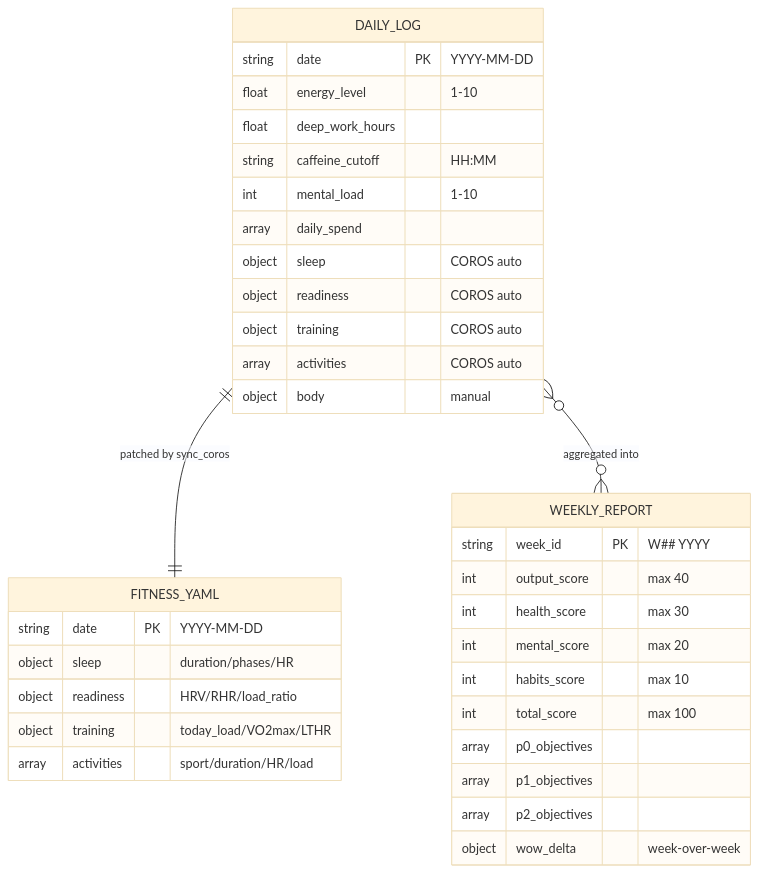
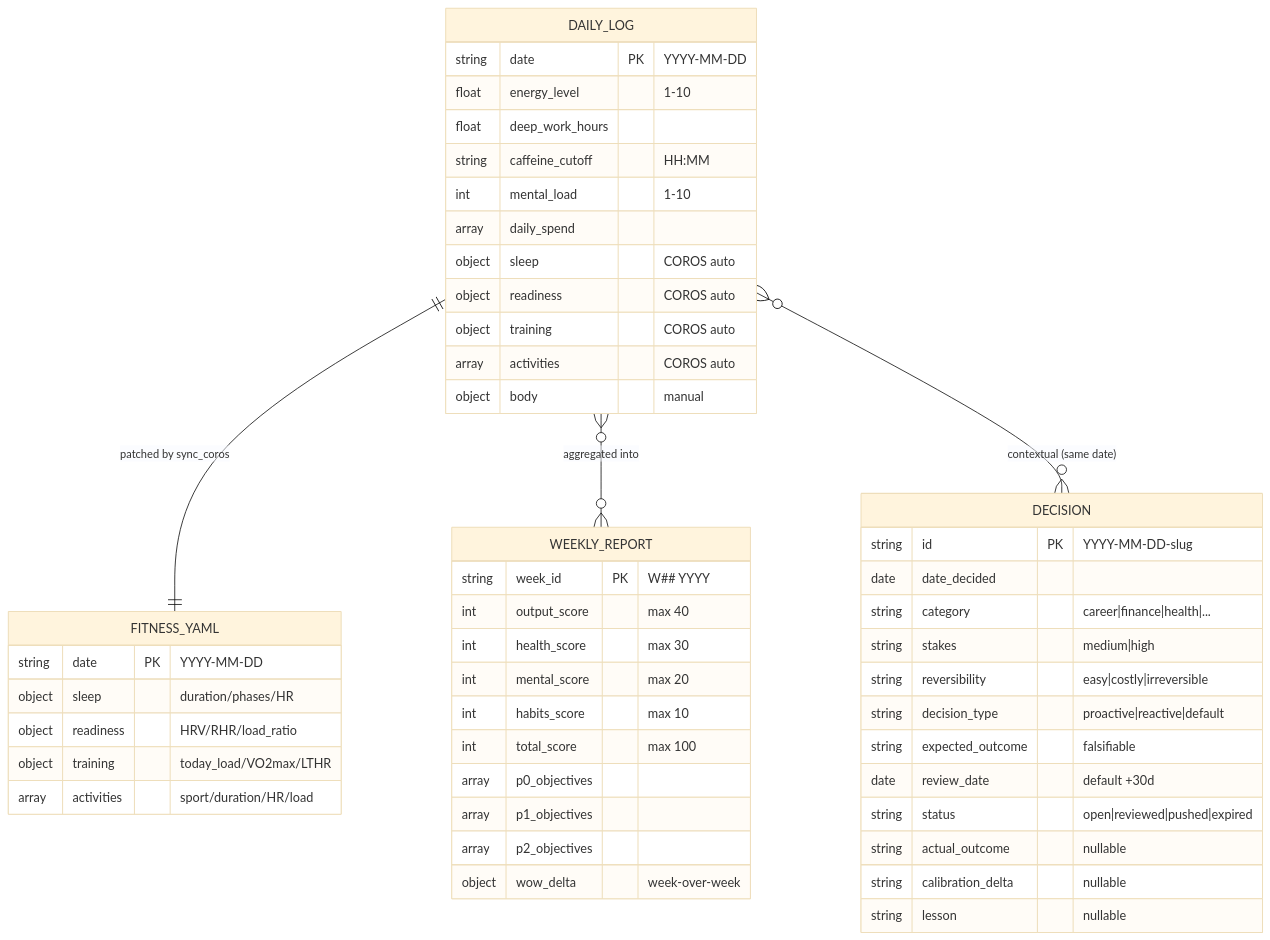
One commit to KelvinYou/personal-os changed the fourth of 7 diagrams in architecture.md. Above: the diagram before and after it, drawn with Mermaid (base theme). The commit also changed other lines of this file and 6 other files, not shown here.

````diff
--- a/architecture.md
+++ b/architecture.md
@@ -145,40 +150,56 @@
 ```mermaid
 erDiagram
     DAILY_LOG {
         string date PK "YYYY-MM-DD"
         float energy_level "1-10"
         float deep_work_hours
         string caffeine_cutoff "HH:MM"
         int mental_load "1-10"
         array daily_spend
         object sleep "COROS auto"
         object readiness "COROS auto"
         object training "COROS auto"
         array activities "COROS auto"
         object body "manual"
     }
 
     FITNESS_YAML {
         string date PK "YYYY-MM-DD"
         object sleep "duration/phases/HR"
         object readiness "HRV/RHR/load_ratio"
         object training "today_load/VO2max/LTHR"
         array activities "sport/duration/HR/load"
     }
 
     WEEKLY_REPORT {
         string week_id PK "W## YYYY"
         int output_score "max 40"
         int health_score "max 30"
         int mental_score "max 20"
         int habits_score "max 10"
         int total_score "max 100"
         array p0_objectives
         array p1_objectives
         array p2_objectives
         object wow_delta "week-over-week"
     }
 
+    DECISION {
+        string id PK "YYYY-MM-DD-slug"
+        date date_decided
+        string category "career|finance|health|..."
+        string stakes "medium|high"
+        string reversibility "easy|costly|irreversible"
+        string decision_type "proactive|reactive|default"
+        string expected_outcome "falsifiable"
+        date review_date "default +30d"
+        string status "open|reviewed|pushed|expired"
+        string actual_outcome "nullable"
+        string calibration_delta "nullable"
+        string lesson "nullable"
+    }
+
     DAILY_LOG ||--|| FITNESS_YAML : "patched by sync_coros"
     DAILY_LOG }o--o{ WEEKLY_REPORT : "aggregated into"
+    DAILY_LOG }o--o{ DECISION : "contextual (same date)"
 ```
````
